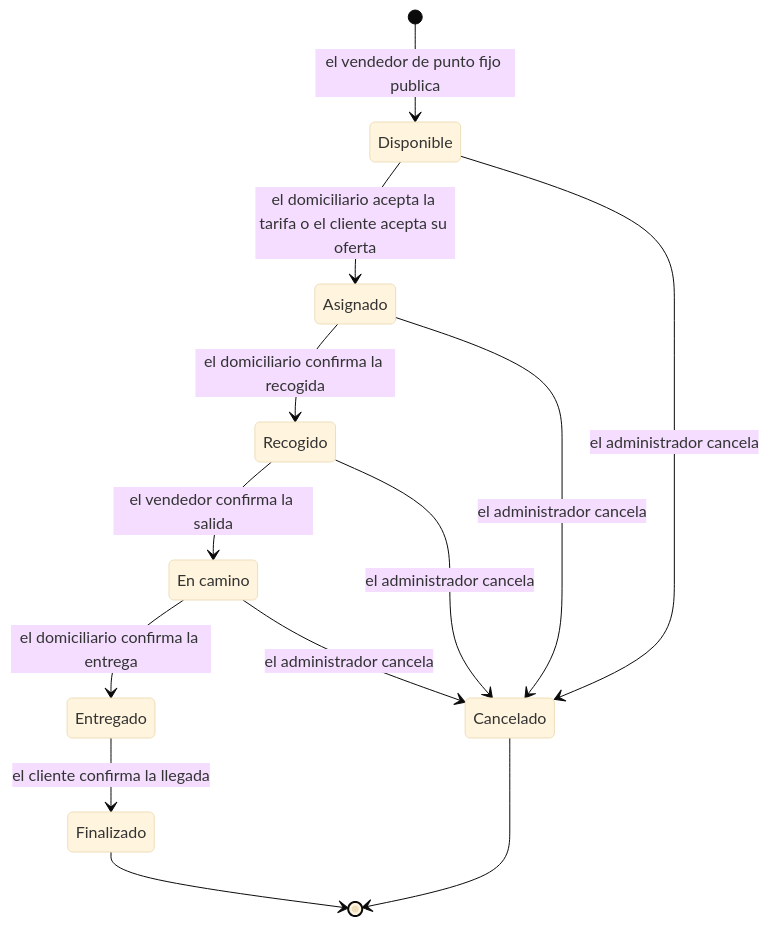
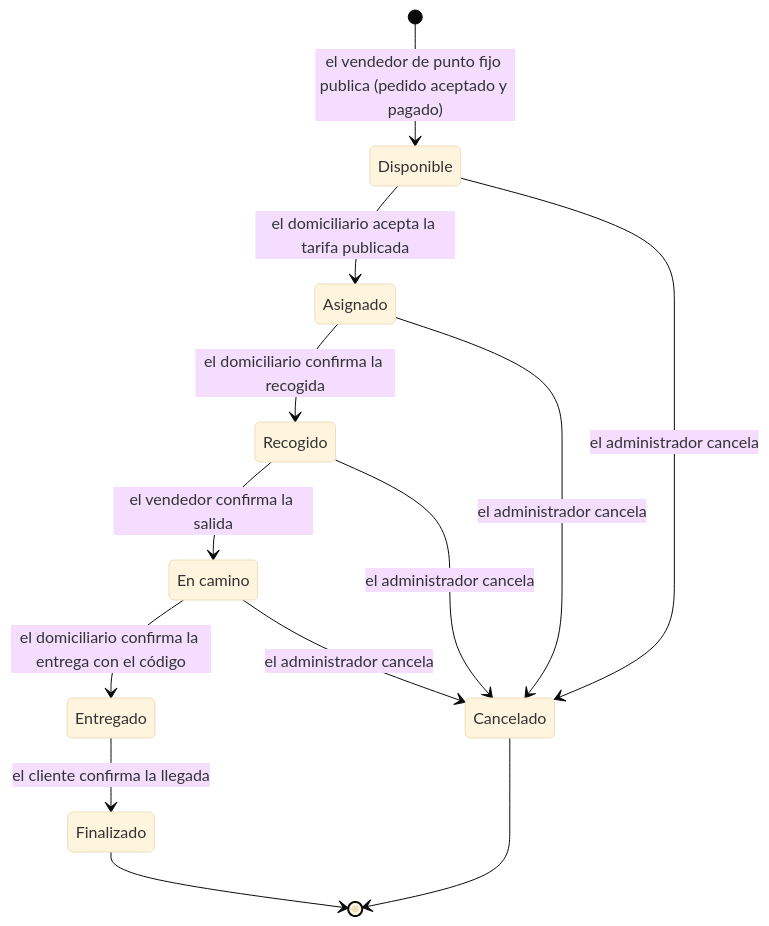
The diagram in capstone/informe-capstone.md (RAAR-18/napa), drawn with Mermaid (base theme) before and after one commit. The commit also changed other lines of this file and 20 other files, not shown here.

````diff
--- a/capstone/informe-capstone.md
+++ b/capstone/informe-capstone.md
@@ -125,16 +135,16 @@
 ```mermaid
 stateDiagram-v2
-    [*] --> Disponible: el vendedor de punto fijo publica
-    Disponible --> Asignado: el domiciliario acepta la tarifa o el cliente acepta su oferta
+    [*] --> Disponible: el vendedor de punto fijo publica (pedido aceptado y pagado)
+    Disponible --> Asignado: el domiciliario acepta la tarifa publicada
     Asignado --> Recogido: el domiciliario confirma la recogida
     Recogido --> EnCamino: el vendedor confirma la salida
-    EnCamino --> Entregado: el domiciliario confirma la entrega
+    EnCamino --> Entregado: el domiciliario confirma la entrega con el código
     Entregado --> Finalizado: el cliente confirma la llegada
     Finalizado --> [*]
     Disponible --> Cancelado: el administrador cancela
     Asignado --> Cancelado: el administrador cancela
     Recogido --> Cancelado: el administrador cancela
     EnCamino --> Cancelado: el administrador cancela
     Cancelado --> [*]
     EnCamino : En camino
 ```
````
